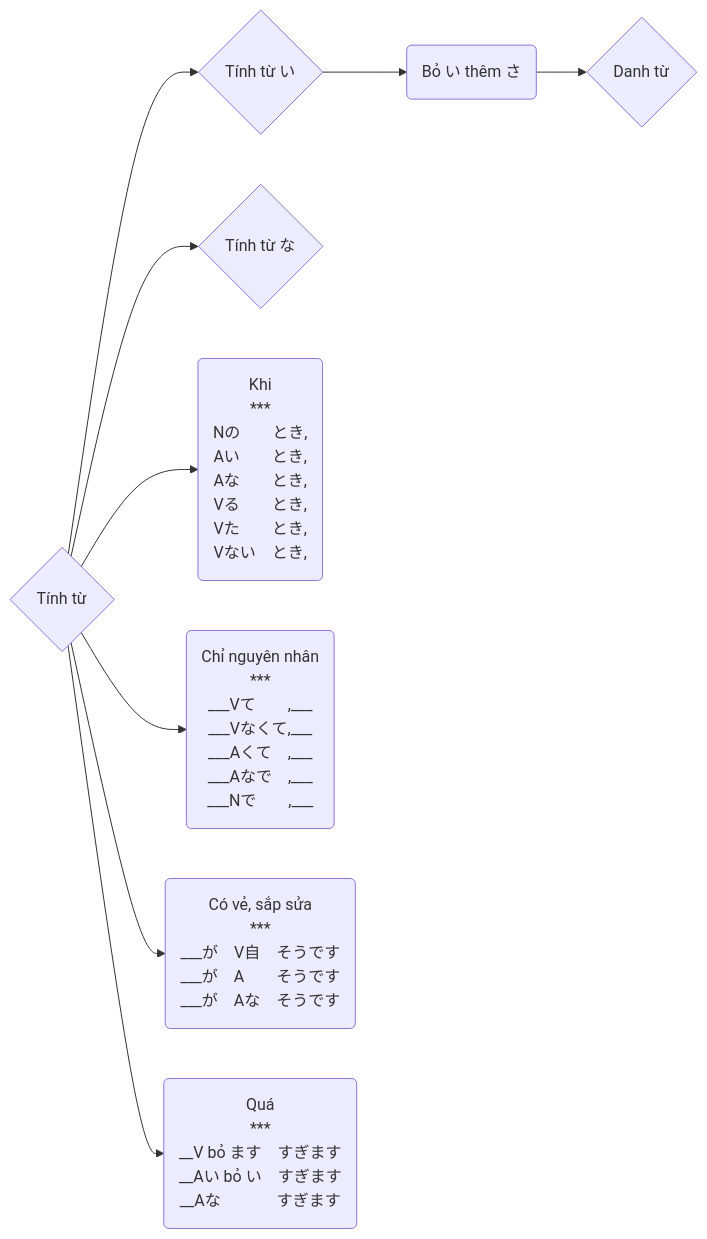
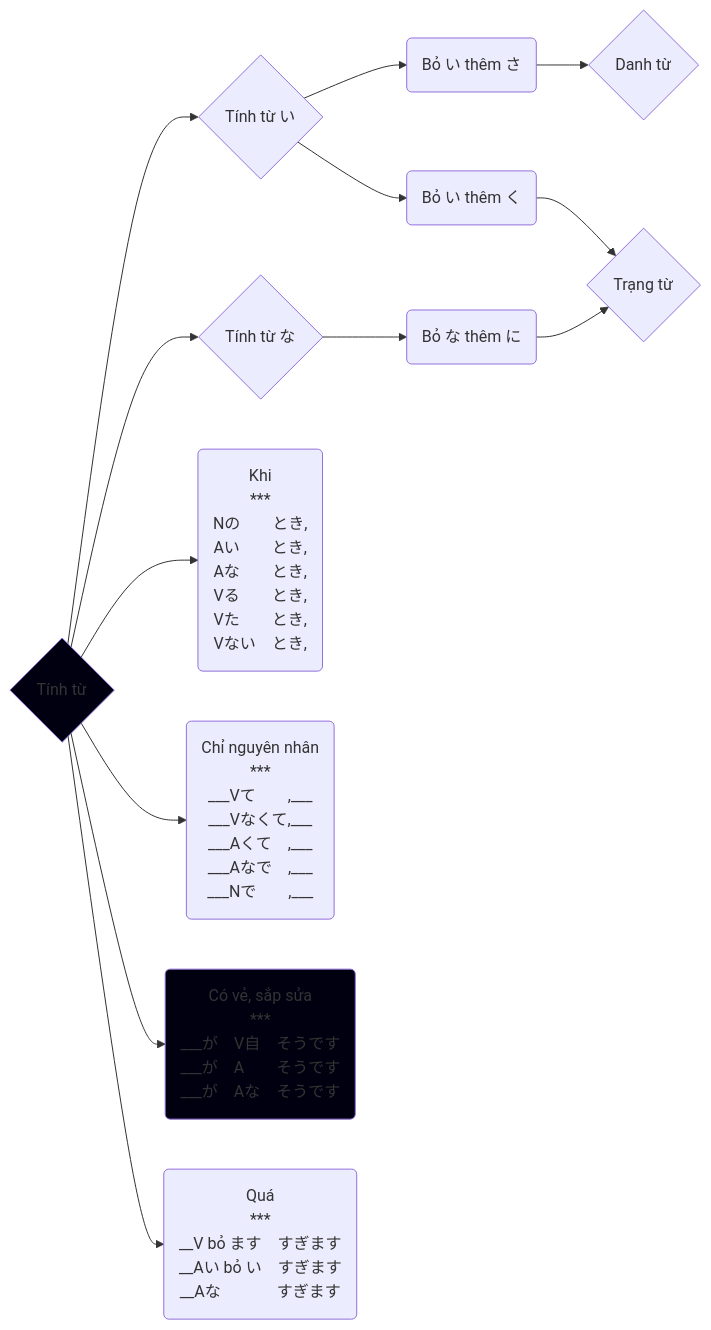
One commit to tea1504/learn changed the diagram in Tinh_Tu_graph.md. Above: the diagram before and after it, drawn with Mermaid. The commit also changed 12 other files, not shown here.

````diff
--- a/Tinh_Tu_graph.md
+++ b/Tinh_Tu_graph.md
@@ -1,13 +1,18 @@
 ```mermaid
 graph LR;
     A{Tính từ}
 
     A-->Ai{Tính từ い}
     A-->Ana{Tính từ な}
 
     Ai-->AiN(Bỏ い thêm さ)-->N{Danh từ}
+    Ai-->AiA(Bỏ い thêm く)-->Adv{Trạng từ}
+    Ana-->AnaA(Bỏ な thêm に)-->Adv{Trạng từ}
     A-->khi(Khi\n***\nNの　　とき,\nAい　　とき,\nAな　　とき,\nVる　　とき,\nVた　　とき,\nVない　とき,)
     A-->chiNguyenNhan(Chỉ nguyên nhân\n***\n___Vて　　,___\n___Vなくて,___\n___Aくて　,___\n___Aなで　,___\n___Nで　　,___)
     A-->coVeSapSua(Có vẻ, sắp sửa\n***\n___が　V自　そうです\n___が　A　　そうです\n___が　Aな　そうです)
     A-->qua(Quá\n***\n__V bỏ ます　すぎます\n__Aい bỏ い　すぎます\n__Aな 　　 　すぎます)
+
+    style A fill:#001
+    style coVeSapSua fill:#001
 ```
````
